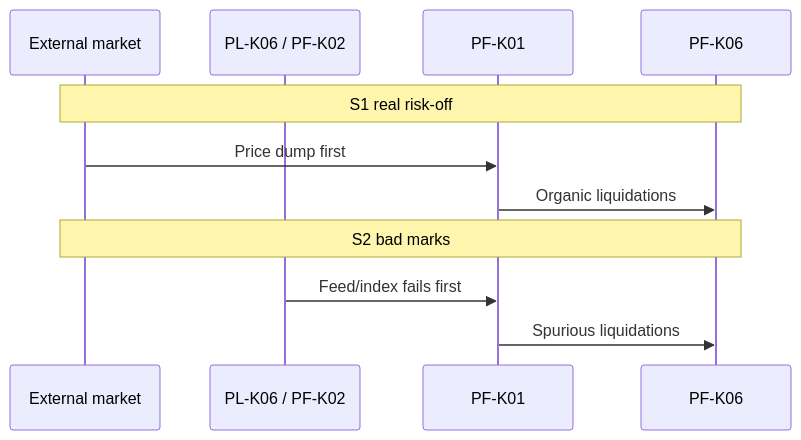
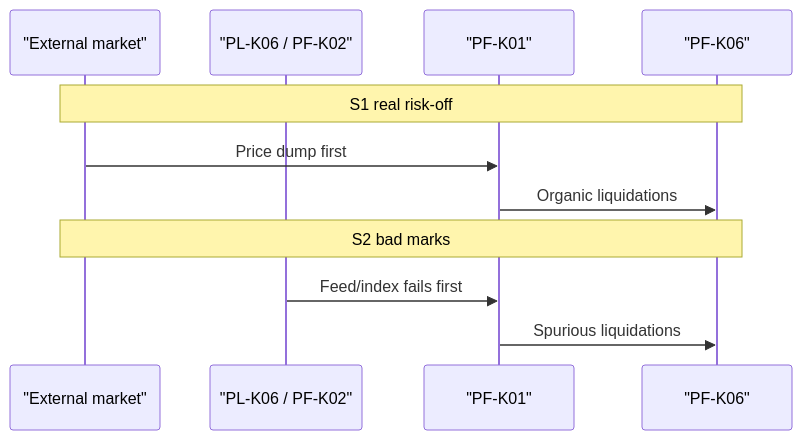
Diagram 13 of 14 in docs/risk-handbook/en.md (hxyan2020/PRD), drawn with Mermaid before and after one commit. The commit also changed other lines of this file and 7 other files, not shown here.

First line of the commit message:
Show handbook diagrams without a CDN

````diff
--- a/docs/risk-handbook/en.md
+++ b/docs/risk-handbook/en.md
@@ -2134,13 +2135,13 @@
 ```mermaid
 sequenceDiagram
-  participant Ext as External market
-  participant Feed as PL-K06 / PF-K02
-  participant Mark as PF-K01
-  participant Liq as PF-K06
+  participant Ext as "External market"
+  participant Feed as "PL-K06 / PF-K02"
+  participant Mark as "PF-K01"
+  participant Liq as "PF-K06"
   Note over Ext,Liq: S1 real risk-off
   Ext->>Mark: Price dump first
   Mark->>Liq: Organic liquidations
   Note over Ext,Liq: S2 bad marks
   Feed->>Mark: Feed/index fails first
   Mark->>Liq: Spurious liquidations
 ```
````
